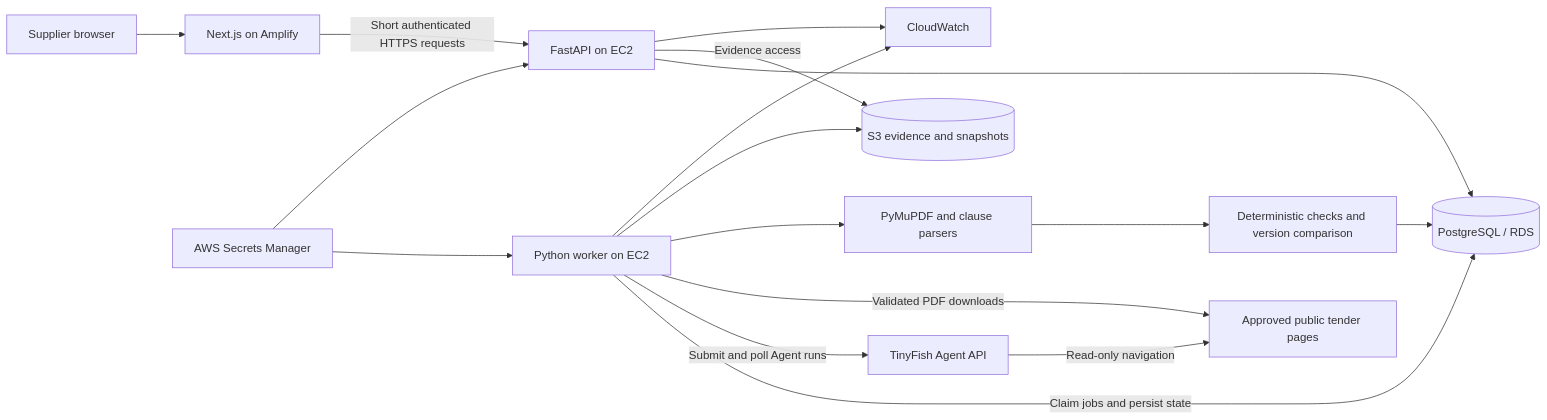
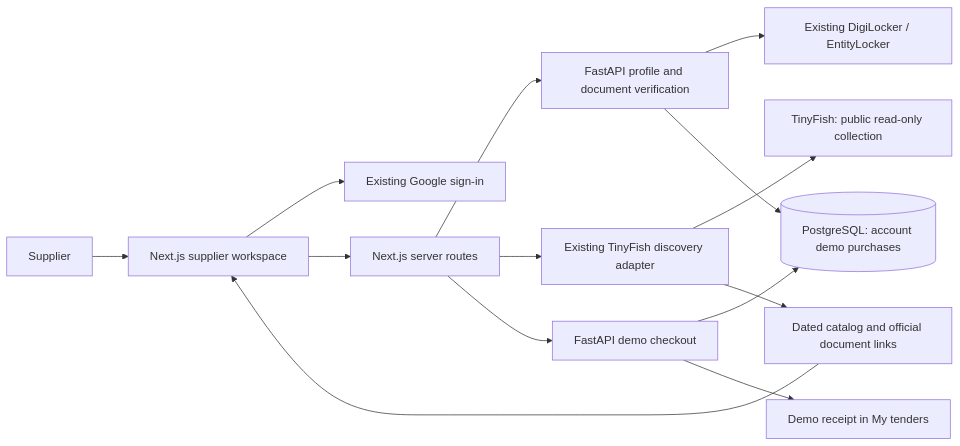
The diagram in docs/ARCHITECTURE.md (sam-eer12/iiitd-hackathon), drawn with Mermaid before and after one commit. The commit also changed other lines of this file and 52 other files, not shown here.

Commit message:
Simplify supplier tender review and add demo checkout

````diff
--- a/docs/ARCHITECTURE.md
+++ b/docs/ARCHITECTURE.md
@@ -29,19 +7,16 @@
 ```mermaid
 flowchart LR
-    User[Supplier browser] --> Web[Next.js on Amplify]
-    Web -->|Short authenticated HTTPS requests| API[FastAPI on EC2]
-    API --> DB[(PostgreSQL / RDS)]
-    Worker[Python worker on EC2] -->|Claim jobs and persist state| DB
-    Worker -->|Submit and poll Agent runs| TF[TinyFish Agent API]
-    TF -->|Read-only navigation| Source[Approved public tender pages]
-    Worker -->|Validated PDF downloads| Source
-    Worker --> Extract[PyMuPDF and clause parsers]
-    Extract --> Rules[Deterministic checks and version comparison]
-    Rules --> DB
-    Worker --> Files[(S3 evidence and snapshots)]
-    API -->|Evidence access| Files
-    Secrets[AWS Secrets Manager] --> Worker
-    Secrets --> API
-    API --> Logs[CloudWatch]
-    Worker --> Logs
+    Supplier[Supplier] --> Web[Next.js supplier workspace]
+    Web --> Google[Existing Google sign-in]
+    Web --> Routes[Next.js server routes]
+    Routes --> Profile[FastAPI profile and document verification]
+    Profile --> Locker[Existing DigiLocker / EntityLocker]
+    Routes --> Discovery[Existing TinyFish discovery adapter]
+    Discovery --> TinyFish[TinyFish: public read-only collection]
+    Routes --> Checkout[FastAPI demo checkout]
+    Checkout --> DB[(PostgreSQL: account demo purchases)]
+    Profile --> DB
+    Discovery --> Catalog[Dated catalog and official document links]
+    Catalog --> Web
+    Checkout --> Receipt[Demo receipt in My tenders]
 ```
````
